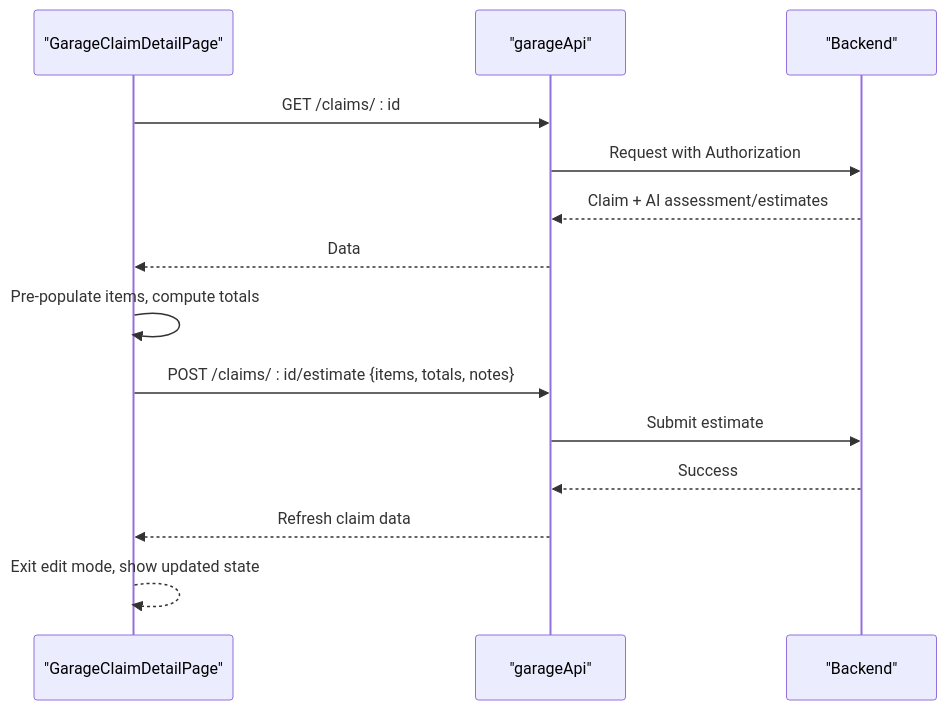
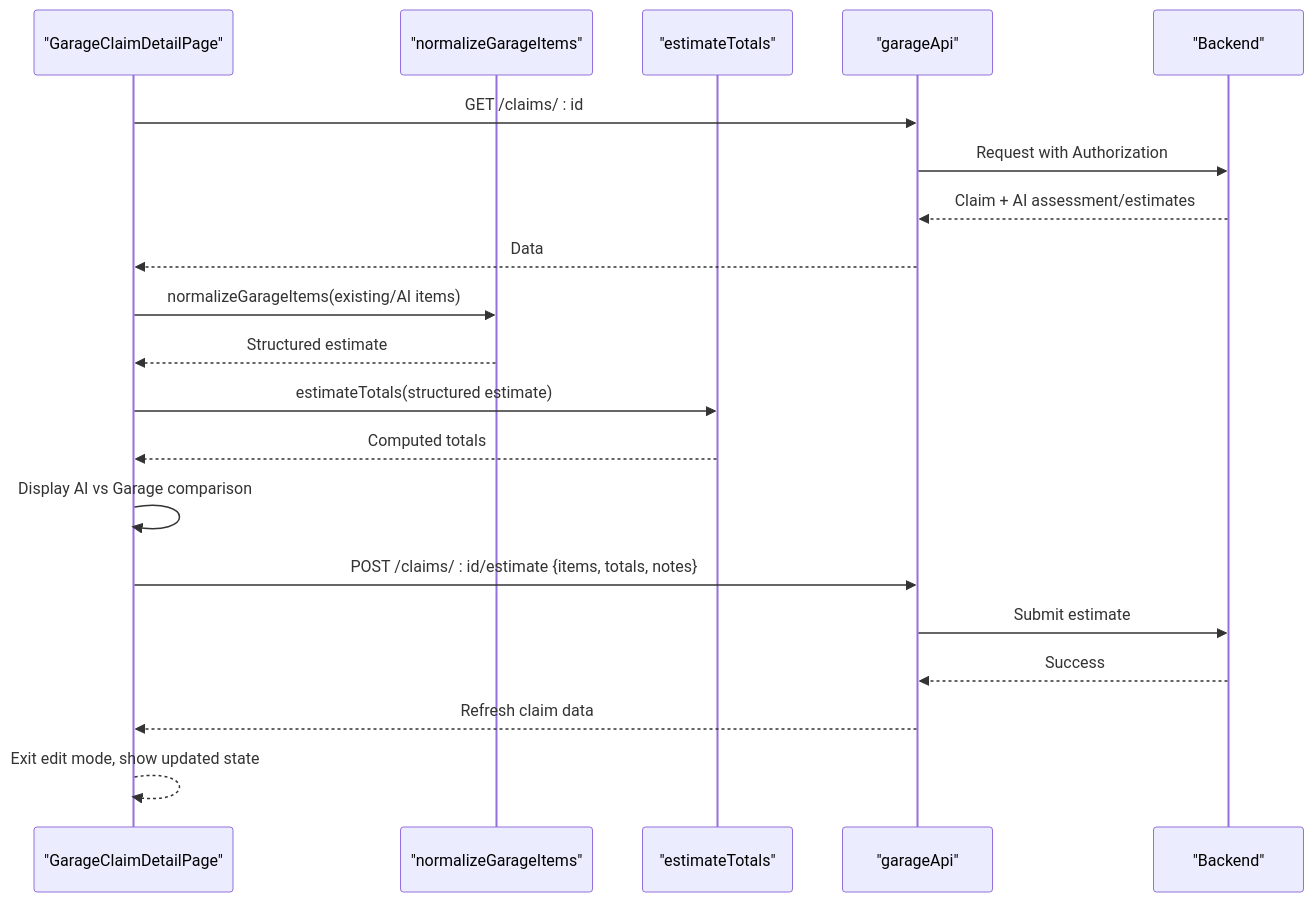
The fifth of 9 diagrams in .qoder/repowiki/en/content/Frontend Documentation/Garage Frontend Interface.md (NaveenHiranya/Smart-Vehicle-Insurance-Claim-System), drawn with Mermaid before and after one commit. The commit also changed other lines of this file and 33 other files, not shown here.

````diff
--- a/.qoder/repowiki/en/content/Frontend Documentation/Garage Frontend Interface.md
+++ b/.qoder/repowiki/en/content/Frontend Documentation/Garage Frontend Interface.md
@@ -191,16 +207,22 @@
 ```mermaid
 sequenceDiagram
 participant D as "GarageClaimDetailPage"
+participant N as "normalizeGarageItems"
+participant T as "estimateTotals"
 participant A as "garageApi"
 participant S as "Backend"
 D->>A : GET /claims/ : id
 A->>S : Request with Authorization
 S-->>A : Claim + AI assessment/estimates
 A-->>D : Data
-D->>D : Pre-populate items, compute totals
+D->>N : normalizeGarageItems(existing/AI items)
+N-->>D : Structured estimate
+D->>T : estimateTotals(structured estimate)
+T-->>D : Computed totals
+D->>D : Display AI vs Garage comparison
 D->>A : POST /claims/ : id/estimate {items, totals, notes}
 A->>S : Submit estimate
 S-->>A : Success
 A-->>D : Refresh claim data
 D-->>D : Exit edit mode, show updated state
 ```
````
